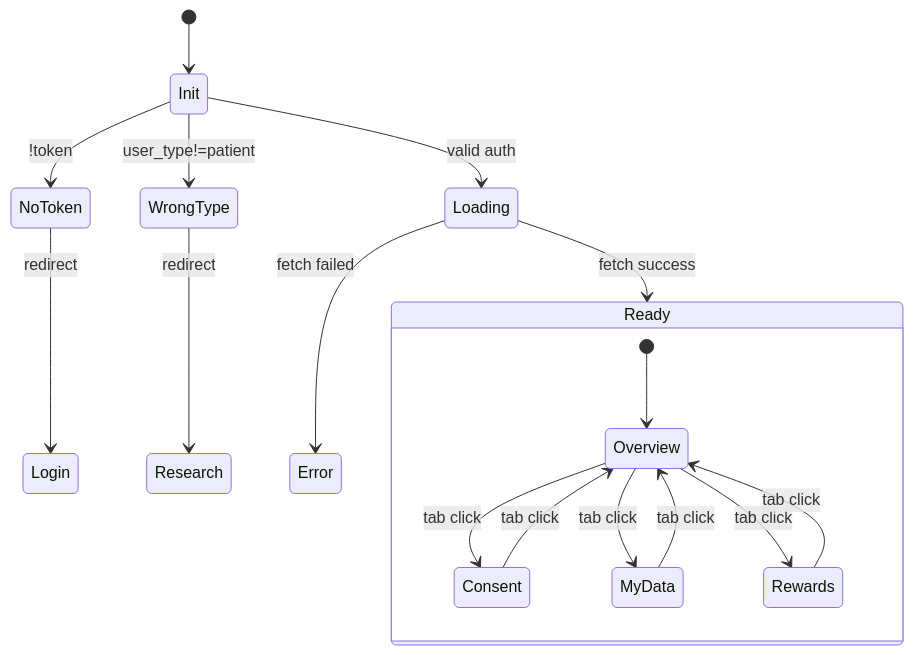
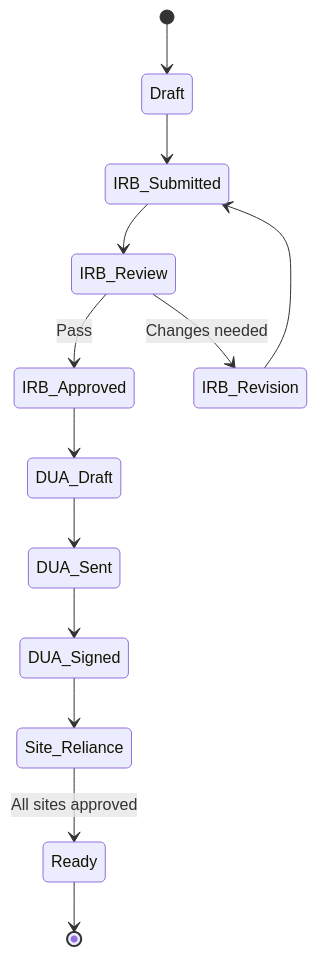
The third of 3 diagrams in docs/STATE_MACHINES.md (raimp001/HealthDB), drawn with Mermaid before and after one commit. The commit also changed other lines of this file and 2 other files, not shown here.

First line of the commit message:
Comprehensive platform architecture with state machines and regulatory automation

````diff
--- a/docs/STATE_MACHINES.md
+++ b/docs/STATE_MACHINES.md
@@ -630,21 +1172,15 @@
 ```mermaid
 stateDiagram-v2
-    [*] --> Init
-    Init --> NoToken: !token
-    Init --> WrongType: user_type!=patient
-    Init --> Loading: valid auth
-    NoToken --> Login: redirect
-    WrongType --> Research: redirect
-    Loading --> Error: fetch failed
-    Loading --> Ready: fetch success
-    
-    state Ready {
-        [*] --> Overview
-        Overview --> Consent: tab click
-        Consent --> Overview: tab click
-        Overview --> MyData: tab click
-        MyData --> Overview: tab click
-        Overview --> Rewards: tab click
-        Rewards --> Overview: tab click
-    }
+    [*] --> Draft
+    Draft --> IRB_Submitted
+    IRB_Submitted --> IRB_Review
+    IRB_Review --> IRB_Approved: Pass
+    IRB_Review --> IRB_Revision: Changes needed
+    IRB_Revision --> IRB_Submitted
+    IRB_Approved --> DUA_Draft
+    DUA_Draft --> DUA_Sent
+    DUA_Sent --> DUA_Signed
+    DUA_Signed --> Site_Reliance
+    Site_Reliance --> Ready: All sites approved
+    Ready --> [*]
 ```
````
